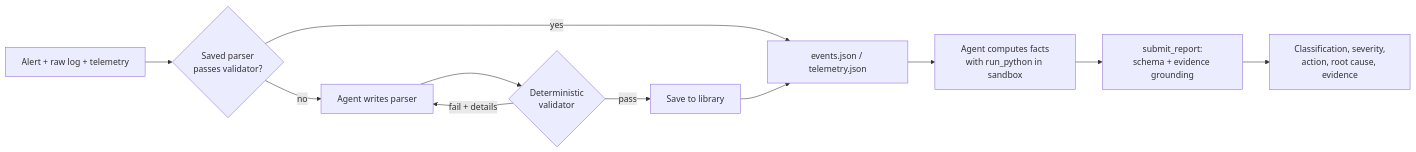
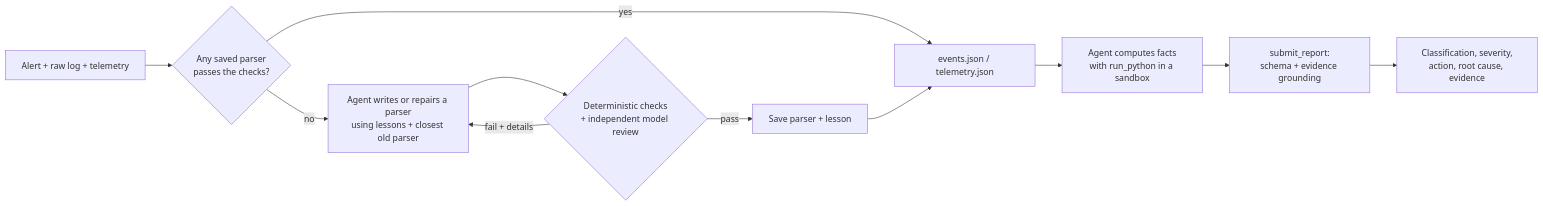
One commit to kalyanchakri02/faultline changed the diagram in README.md. Above: the diagram before and after it, drawn with Mermaid. The commit also changed other lines of this file and 9 other files, not shown here.

Commit message:
Add model review, lessons, parser repair and format-tolerant checks

````diff
--- a/README.md
+++ b/README.md
@@ -26,12 +28,12 @@
 ```mermaid
 flowchart LR
-    A[Alert + raw log + telemetry] --> B{Saved parser<br/>passes validator?}
+    A[Alert + raw log + telemetry] --> B{Any saved parser<br/>passes the checks?}
     B -- yes --> D[events.json / telemetry.json]
-    B -- no --> C[Agent writes parser]
-    C --> V{Deterministic<br/>validator}
+    B -- no --> C[Agent writes or repairs a parser<br/>using lessons + closest old parser]
+    C --> V{Deterministic checks<br/>+ independent model review}
     V -- fail + details --> C
-    V -- pass --> S[Save to library] --> D
-    D --> E[Agent computes facts<br/>with run_python in sandbox]
+    V -- pass --> S[Save parser + lesson] --> D
+    D --> E[Agent computes facts<br/>with run_python in a sandbox]
     E --> F[submit_report:<br/>schema + evidence grounding]
     F --> G[Classification, severity,<br/>action, root cause, evidence]
 ```
````
